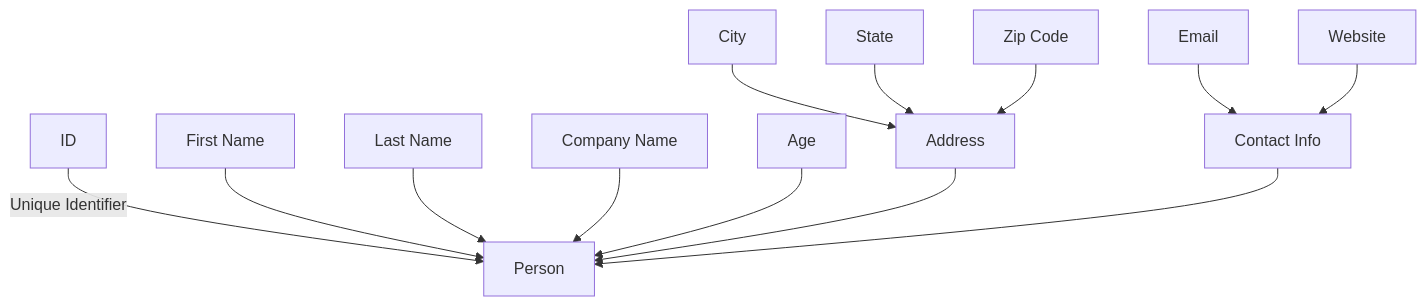
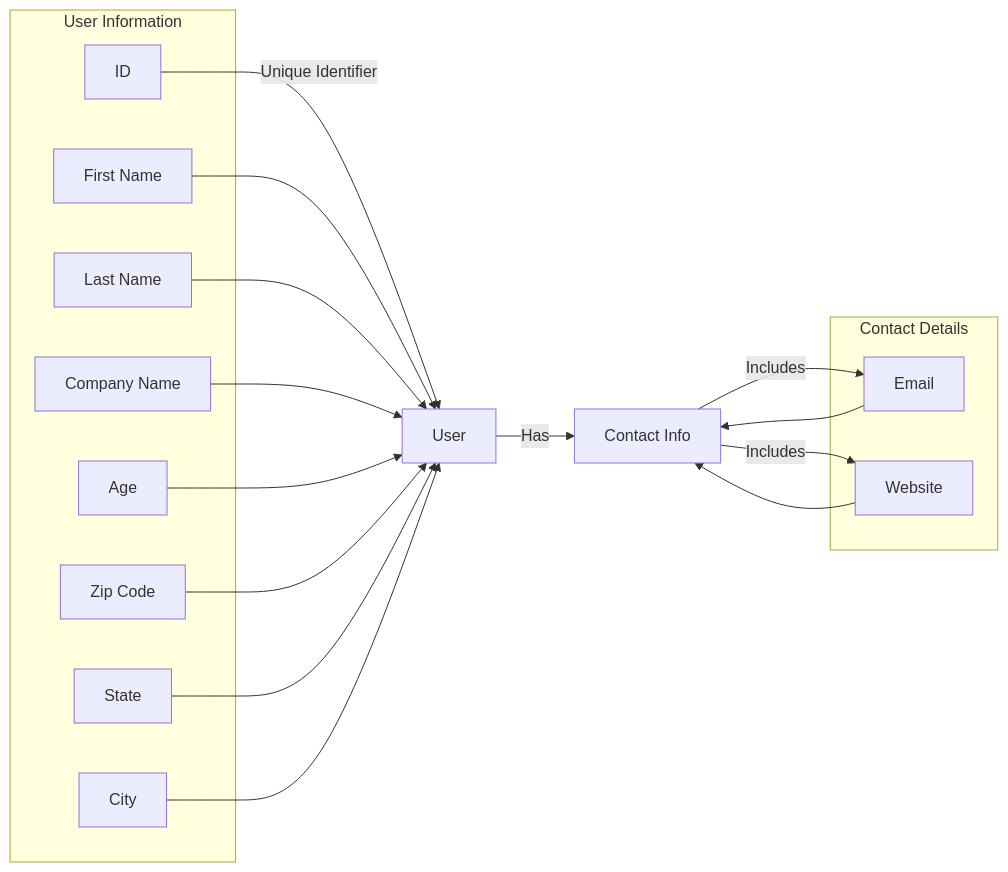
One commit to Akashkanagaraj03/Flask-Assignment changed the diagram in README.md. Above: the diagram before and after it, drawn with Mermaid.

````diff
--- a/README.md
+++ b/README.md
@@ -79,15 +79,32 @@
 ```mermaid
-graph TD;
-  ID["ID"] -->|Unique Identifier| Person
-  FirstName["First Name"] --> Person
-  LastName["Last Name"] --> Person
-  Company["Company Name"] --> Person
-  Age["Age"] --> Person
-  Address["Address"] --> Person
-  City["City"] --> Address
-  State["State"] --> Address
-  Zip["Zip Code"] --> Address
-  Contact["Contact Info"] --> Person
+graph LR;
+  ID["ID"] -->|Unique Identifier| User
+  FirstName["First Name"] --> User
+  LastName["Last Name"] --> User
+  Company["Company Name"] --> User
+  Age["Age"] --> User
   Email["Email"] --> Contact
   Web["Website"] --> Contact
+  Zip["Zip Code"] --> User
+  State["State"] --> User
+  City["City"] --> User
+  Contact["Contact Info"] -->|Includes| Email & Web
+
+  subgraph User Information
+    ID
+    FirstName
+    LastName
+    Age
+    Company
+    City
+    State
+    Zip
+  end
+
+  subgraph Contact Details
+    Email
+    Web
+  end
+
+  User -->|Has| Contact
 ```
````
